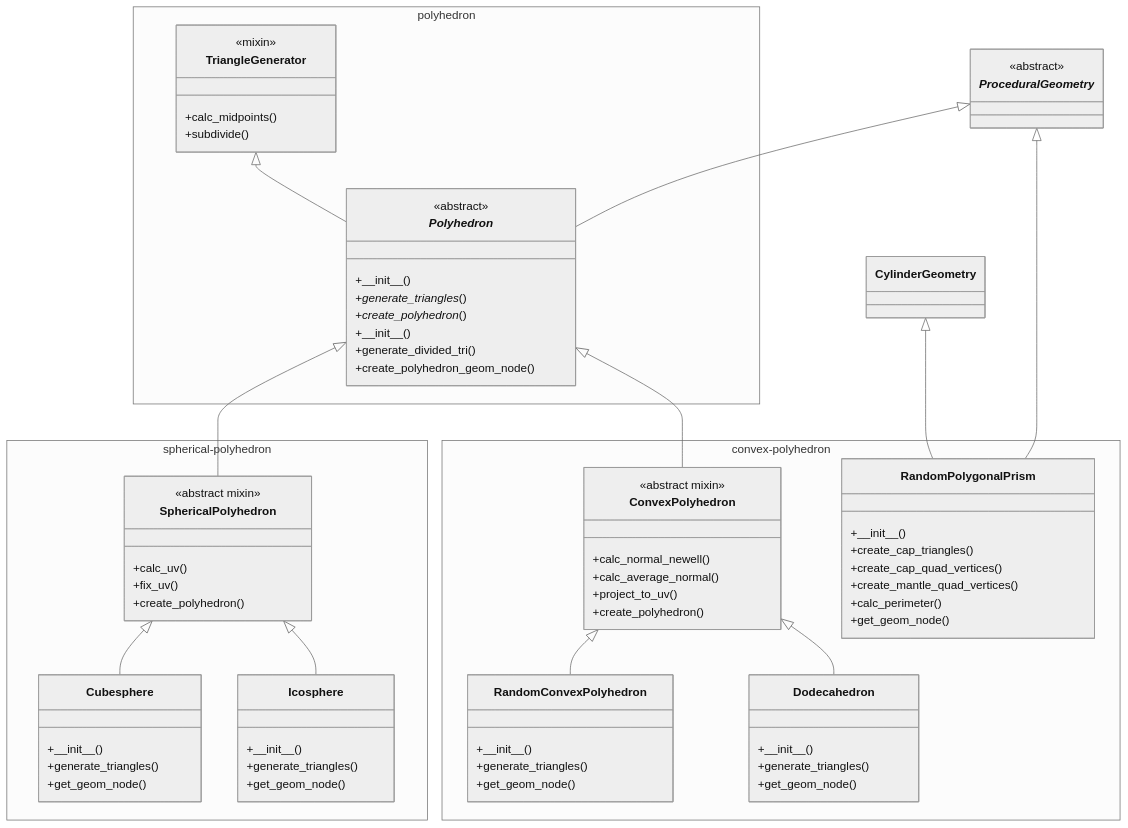
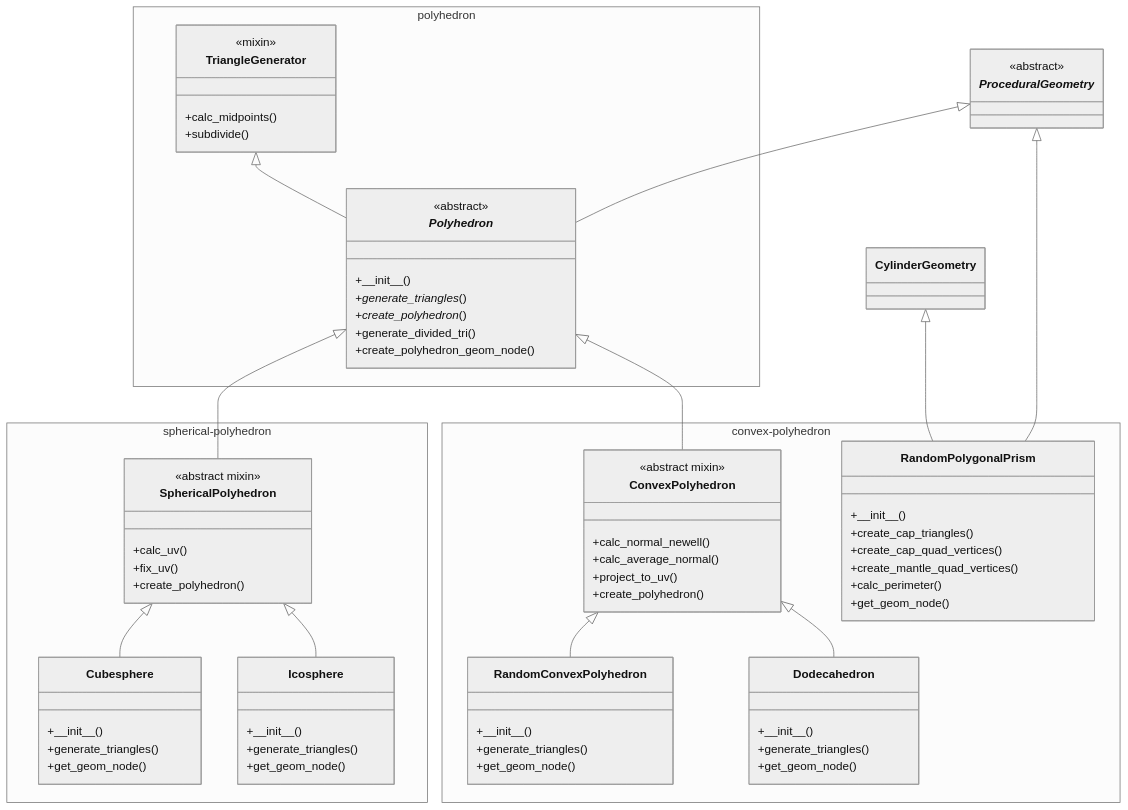
Before and after one commit to taKana671/shapes: the fourth of 5 diagrams in README.md, drawn with Mermaid (neutral theme).

```diff
--- a/README.md
+++ b/README.md
@@ -351,7 +351,6 @@
       +\_\_init\_\_()
       +*generate_triangles*()
       +*create_polyhedron*()
-      +\_\_init\_\_()
       +generate_divided_tri()
       +create_polyhedron_geom_node()
     }
```
